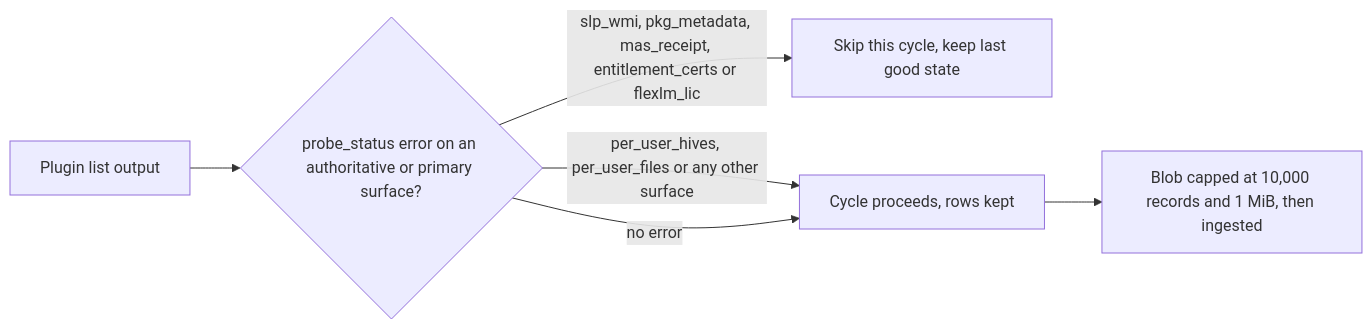
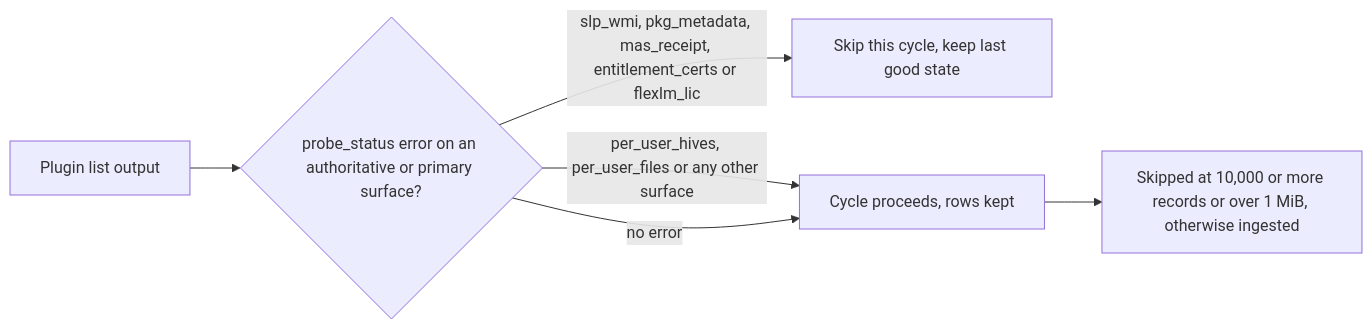
Before and after one commit to DevNullLtd/Yuzu: the second of 2 diagrams in agents/plugins/license_scan/README.md, drawn with Mermaid. The commit also changed other lines of this file and 69 other files, not shown here.

````diff
--- a/agents/plugins/license_scan/README.md
+++ b/agents/plugins/license_scan/README.md
@@ -62,8 +62,8 @@
 ```mermaid
 flowchart LR
   P["Plugin list output"] --> G{"probe_status error on an authoritative or primary surface?"}
   G -- "slp_wmi, pkg_metadata, mas_receipt, entitlement_certs or flexlm_lic" --> SK["Skip this cycle, keep last good state"]
   G -- "per_user_hives, per_user_files or any other surface" --> OK["Cycle proceeds, rows kept"]
   G -- "no error" --> OK
-  OK --> BL["Blob capped at 10,000 records and 1 MiB, then ingested"]
+  OK --> BL["Skipped at 10,000 or more records or over 1 MiB, otherwise ingested"]
 ```
````
